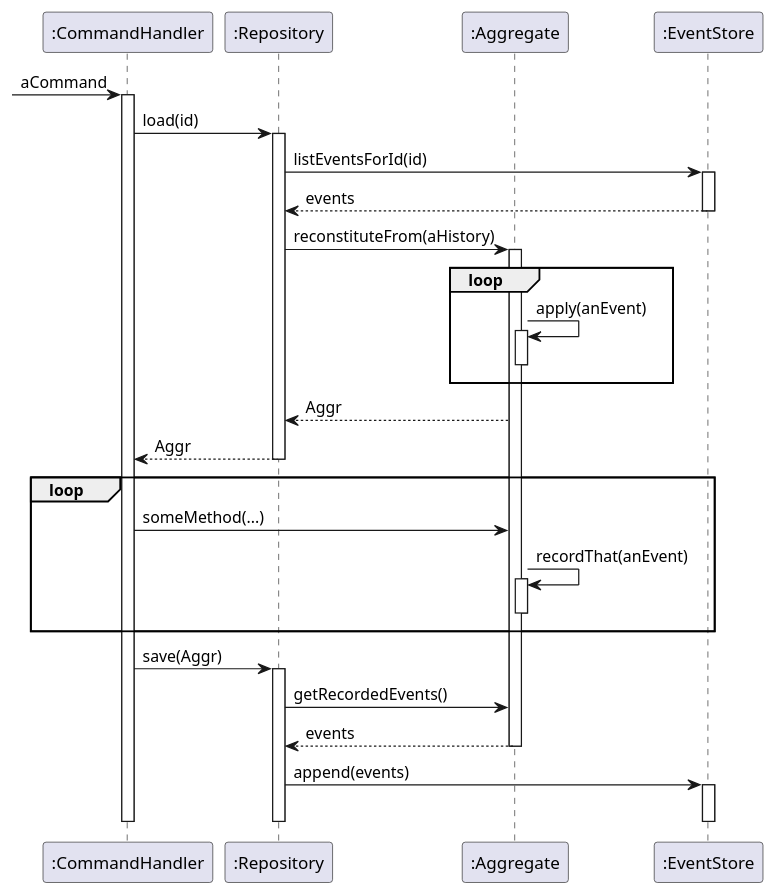
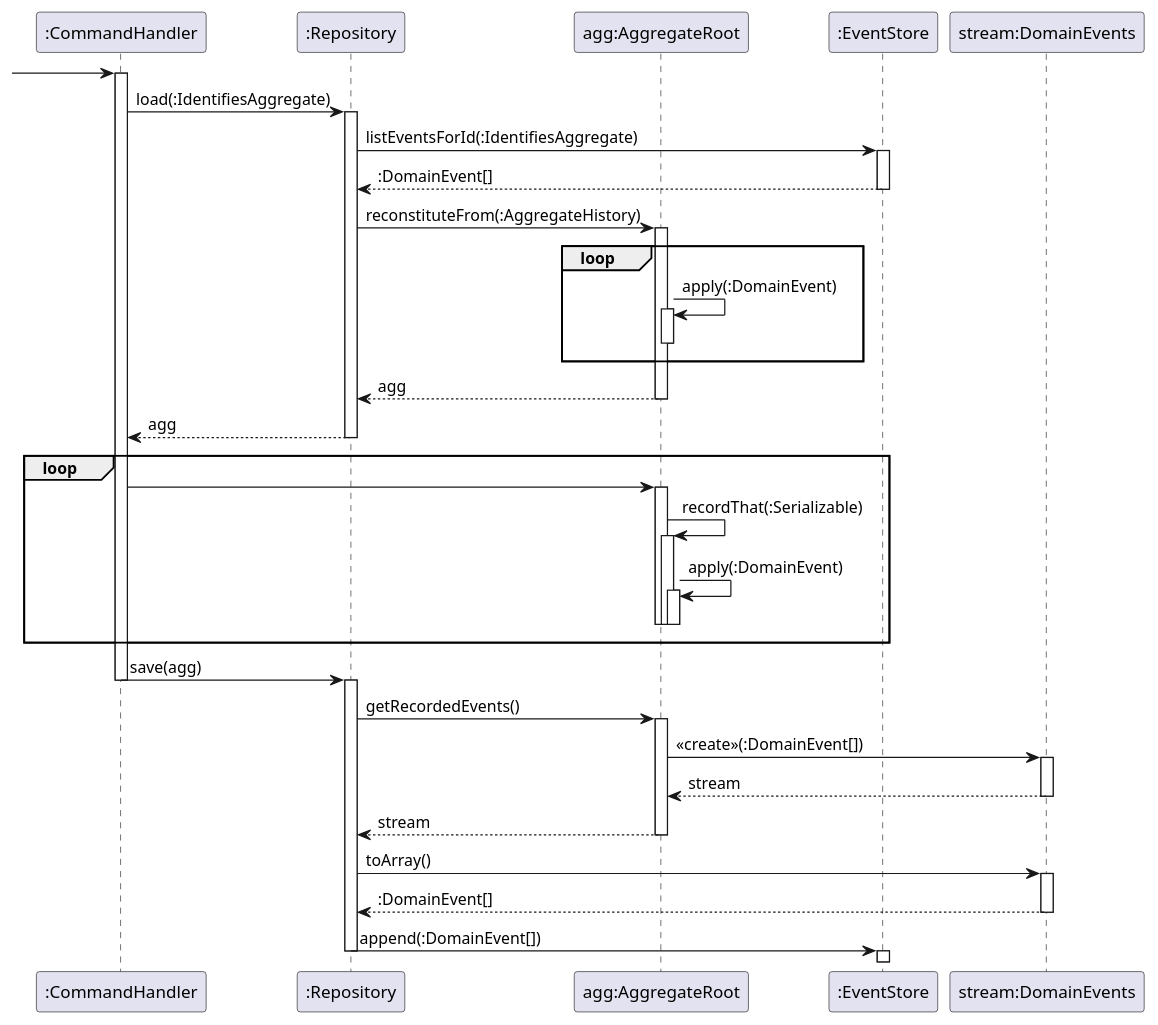
Before and after one commit to Hendrik26/InvoiceCore: the diagram in doc/handling-commands.puml, drawn with PlantUML.

Commit message:
Improve UML sequence diagram for command handling

```diff
--- a/doc/handling-commands.puml
+++ b/doc/handling-commands.puml
@@ -1,40 +1,56 @@
 @startuml
 participant ":CommandHandler" as CoHa
 participant ":Repository" as Repo
-participant ":Aggregate" as Aggr
+participant "agg:AggregateRoot" as AgRt
 participant ":EventStore" as EvSt
--> CoHa: aCommand
+participant "stream:DomainEvents" as DoEv
+-> CoHa
 activate CoHa
-CoHa -> Repo: load(id)
+CoHa -> Repo: load(:IdentifiesAggregate)
 activate Repo
-Repo -> EvSt: listEventsForId(id)
+Repo -> EvSt: listEventsForId(:IdentifiesAggregate)
 activate EvSt
-Repo <-- EvSt: events
+Repo <-- EvSt: :DomainEvent[]
 deactivate EvSt
-Repo -> Aggr: reconstituteFrom(aHistory)
-activate Aggr
+Repo -> AgRt: reconstituteFrom(:AggregateHistory)
+activate AgRt
 loop
-Aggr -> Aggr: apply(anEvent)
-activate Aggr
-deactivate Aggr
+AgRt -> AgRt: apply(:DomainEvent)
+activate AgRt
+deactivate AgRt
 end
-Repo <-- Aggr: Aggr
-CoHa <-- Repo: Aggr
+Repo <-- AgRt: agg
+deactivate AgRt
+CoHa <-- Repo: agg
 deactivate Repo
 loop
-CoHa -> Aggr: someMethod(...)
-Aggr -> Aggr: recordThat(anEvent)
-activate Aggr
-deactivate Aggr
+CoHa -> AgRt
+activate AgRt
+AgRt -> AgRt: recordThat(:Serializable)
+activate AgRt
+AgRt -> AgRt: apply(:DomainEvent)
+activate AgRt
+deactivate AgRt
+deactivate AgRt
+deactivate AgRt
 end
-CoHa -> Repo: save(Aggr)
+CoHa -> Repo: save(agg)
+deactivate CoHa
 activate Repo
-Repo -> Aggr: getRecordedEvents()
-Repo <-- Aggr: events
-deactivate Aggr
-Repo -> EvSt: append(events)
+Repo -> AgRt: getRecordedEvents()
+activate AgRt
+AgRt -> DoEv: <<create>>(:DomainEvent[])
+activate DoEv
+AgRt <-- DoEv: stream
+deactivate DoEv
+Repo <-- AgRt: stream
+deactivate AgRt
+Repo -> DoEv: toArray()
+activate DoEv
+Repo <-- DoEv: :DomainEvent[]
+deactivate DoEv
+Repo -> EvSt: append(:DomainEvent[])
+deactivate Repo
 activate EvSt
-deactivate Repo
 deactivate EvSt
-deactivate CoHa
 @enduml
```
